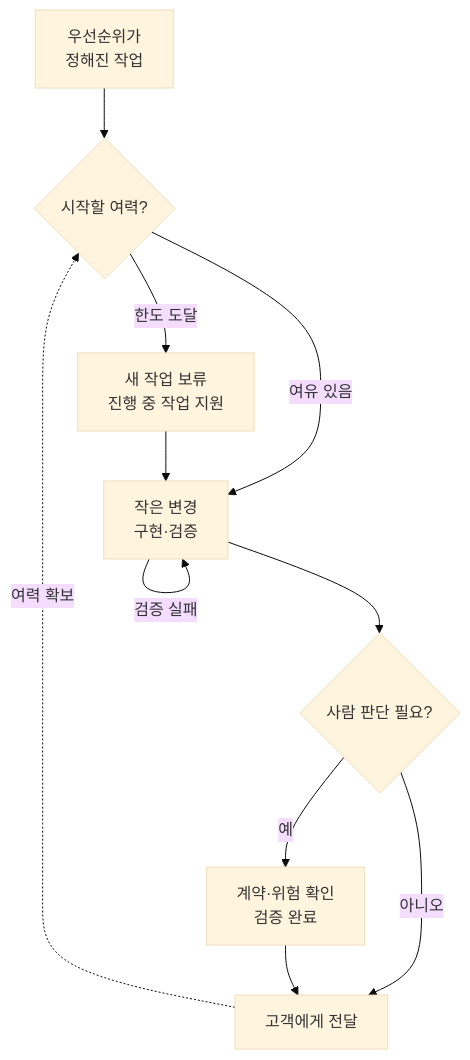
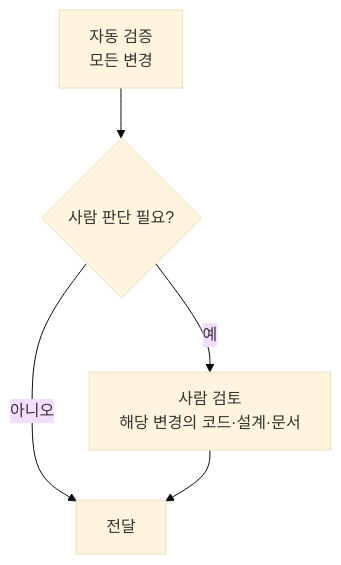
Before and after one commit to haandol/haandol.github.com: the second of 2 diagrams in _posts/2026-08-18-ai-coding-review-cognitive-load.md, drawn with Mermaid (base theme). The commit also changed other lines of this file and 3 other files, not shown here.

````diff
--- a/_posts/2026-08-18-ai-coding-review-cognitive-load.md
+++ b/_posts/2026-08-18-ai-coding-review-cognitive-load.md
@@ -458,13 +107,7 @@
 ```mermaid
 flowchart TD
-    B["우선순위가<br/>정해진 작업"] --> S{"시작할 여력?"}
-    S -->|여유 있음| I["작은 변경<br/>구현·검증"]
-    I -->|검증 실패| I
-    I --> H{"사람 판단 필요?"}
-    H -->|예| R["계약·위험 확인<br/>검증 완료"]
-    H -->|아니오| D
-    R --> D["고객에게 전달"]
-    D -. "여력 확보" .-> S
-    S -->|한도 도달| F["새 작업 보류<br/>진행 중 작업 지원"]
-    F --> I
+    A["자동 검증<br/>모든 변경"] --> Q{"사람 판단 필요?"}
+    Q -->|예| H["사람 검토<br/>해당 변경의 코드·설계·문서"]
+    Q -->|아니오| D["전달"]
+    H --> D
 ```
````
